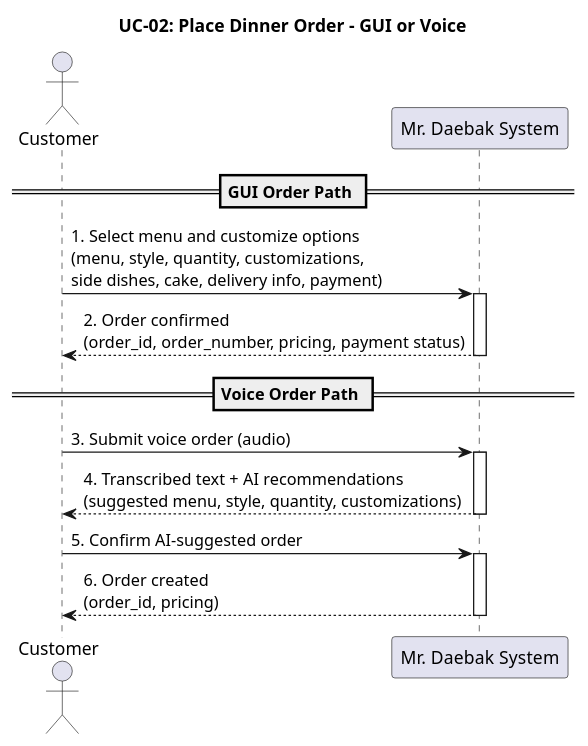
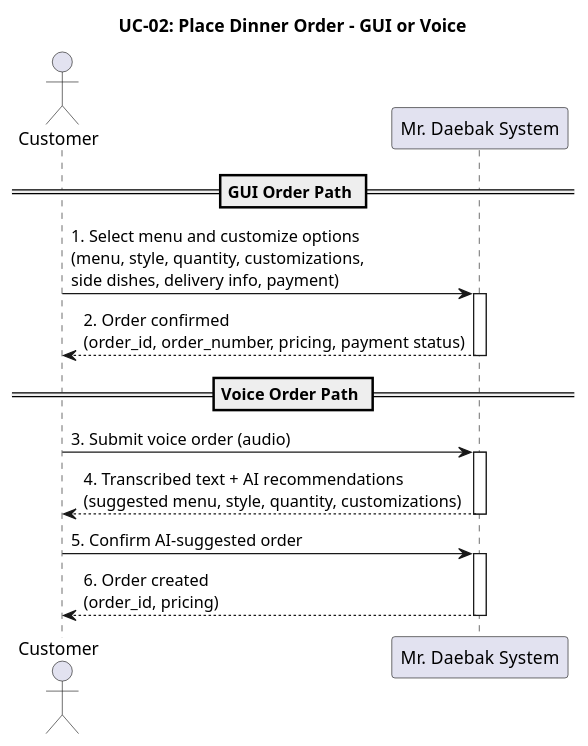
The diagram in SWE_Diagram/system_sequence_diagrams/UC02_Place_Order_Simplified.puml (UOS2025SWE/MrDaebak), drawn with PlantUML before and after one commit. The commit also changed 26 other files, not shown here.

Commit message:
산출물 다이어그램 및 설명 최종

```diff
--- a/SWE_Diagram/system_sequence_diagrams/UC02_Place_Order_Simplified.puml
+++ b/SWE_Diagram/system_sequence_diagrams/UC02_Place_Order_Simplified.puml
@@ -1,24 +1,24 @@
 @startuml
 title "UC-02: Place Dinner Order - GUI or Voice"
 
 actor Customer
 participant "Mr. Daebak System" as System
 
 == GUI Order Path ==
-Customer -> System: 1. Select menu and customize options\n(menu, style, quantity, customizations,\nside dishes, cake, delivery info, payment)
+Customer -> System: 1. Select menu and customize options\n(menu, style, quantity, customizations,\nside dishes, delivery info, payment)
 activate System
 System --> Customer: 2. Order confirmed\n(order_id, order_number, pricing, payment status)
 deactivate System
 
 == Voice Order Path ==
 Customer -> System: 3. Submit voice order (audio)
 activate System
 System --> Customer: 4. Transcribed text + AI recommendations\n(suggested menu, style, quantity, customizations)
 deactivate System
 
 Customer -> System: 5. Confirm AI-suggested order
 activate System
 System --> Customer: 6. Order created\n(order_id, pricing)
 deactivate System
 
 @enduml
```
